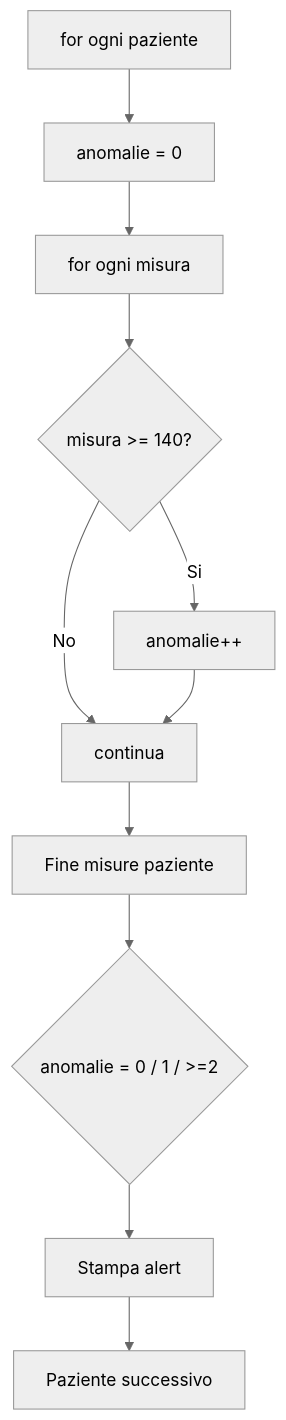
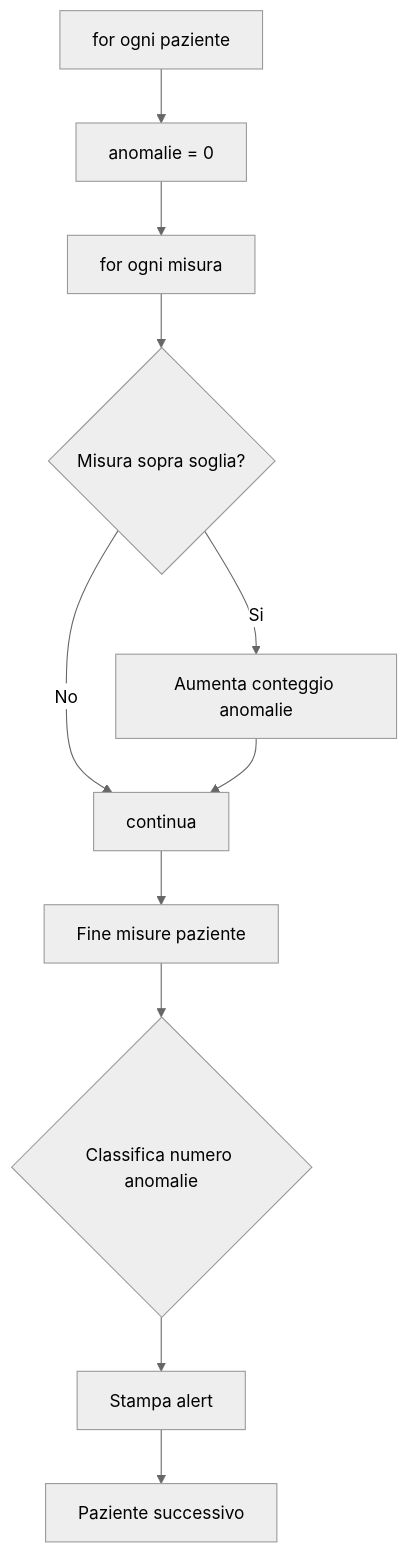
Before and after one commit to lucadagati/Lab_Fondamenti_di_Informatica_25_26: the eighth of 10 diagrams in 03-matlab-strutture-controllo/README.md, drawn with Mermaid (neutral theme). The commit also changed other lines of this file, not shown here.

First line of the commit message:
Fix Mermaid compatibility in Lab 3 diagrams

````diff
--- a/03-matlab-strutture-controllo/README.md
+++ b/03-matlab-strutture-controllo/README.md
@@ -203,13 +203,13 @@
 ```mermaid
 flowchart TD
     A[for ogni paziente] --> B[anomalie = 0]
     B --> C[for ogni misura]
-    C --> D{misura >= 140?}
-    D -- Si --> E[anomalie++]
+    C --> D{Misura sopra soglia?}
+    D -- Si --> E[Aumenta conteggio anomalie]
     D -- No --> F[continua]
     E --> F
     F --> G[Fine misure paziente]
-    G --> H{anomalie = 0 / 1 / >=2}
+    G --> H{Classifica numero anomalie}
     H --> I[Stampa alert]
     I --> J[Paziente successivo]
 ```
````
